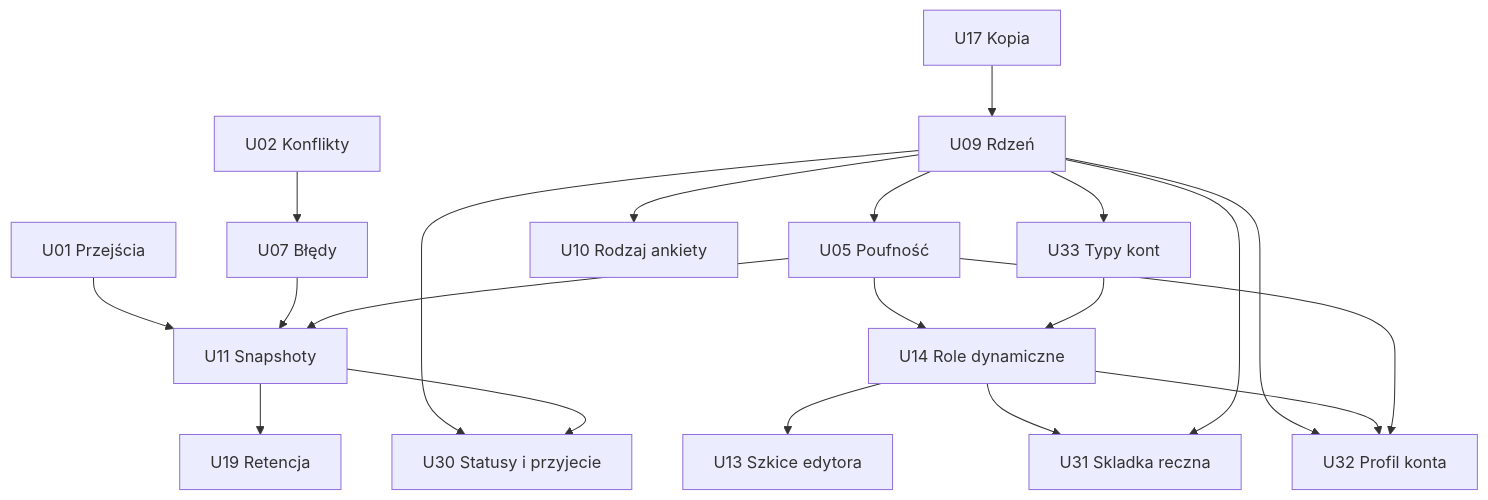
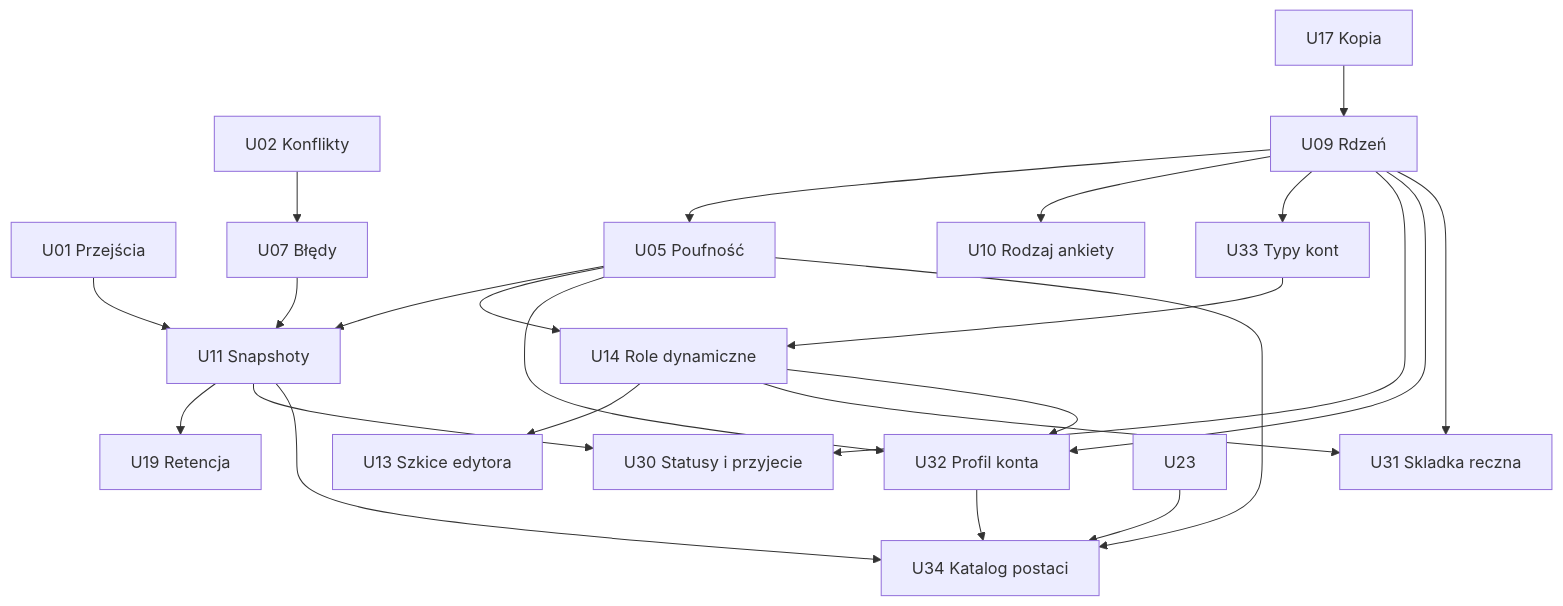
One commit to Krasny-Lis/ursunalia-character-generator changed the diagram in docs/planning/BACKLOG.md. Above: the diagram before and after it, drawn with Mermaid. The commit also changed other lines of this file, not shown here.

````diff
--- a/docs/planning/BACKLOG.md
+++ b/docs/planning/BACKLOG.md
@@ -462,22 +474,26 @@
 ```mermaid
 flowchart TD
     U01["U01 Przejścia"] --> U11["U11 Snapshoty"]
     U02["U02 Konflikty"] --> U07["U07 Błędy"]
     U07 --> U11
     U17["U17 Kopia"] --> U09["U09 Rdzeń"]
     U09 --> U05["U05 Poufność"]
     U09 --> U10["U10 Rodzaj ankiety"]
     U05 --> U11
     U05 --> U14["U14 Role dynamiczne"]
     U09 --> U33["U33 Typy kont"]
     U33 --> U14
     U11 --> U19["U19 Retencja"]
     U14 --> U13["U13 Szkice edytora"]
     U09 --> U30["U30 Statusy i przyjecie"]
     U11 --> U30
     U14 --> U31["U31 Skladka reczna"]
     U09 --> U32["U32 Profil konta"]
     U14 --> U32
     U05 --> U32
+    U11 --> U34["U34 Katalog postaci"]
+    U23 --> U34
+    U32 --> U34
+    U05 --> U34
     U09 --> U31
 ```
````
